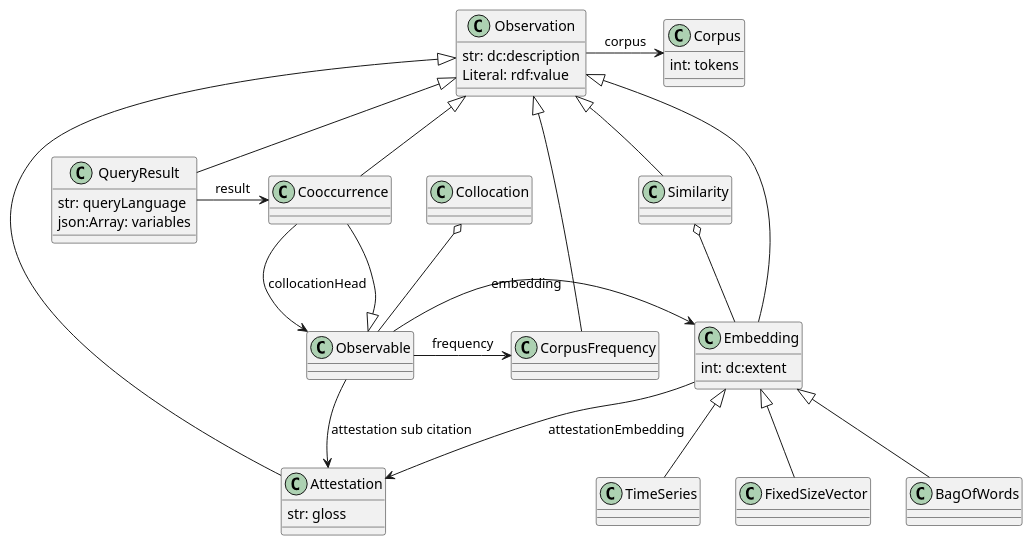
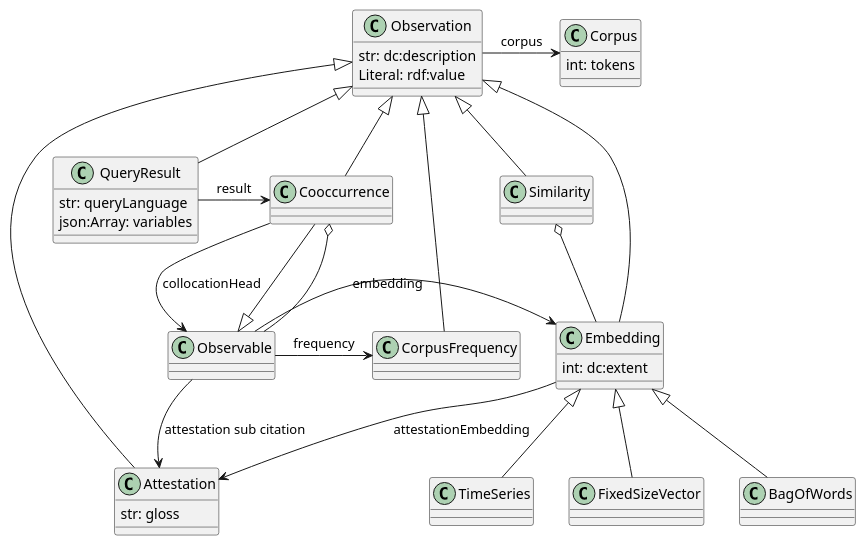
Before and after one commit to ontolex/frequency-attestation-corpus-information: the diagram in img/diagram-with-query.puml, drawn with PlantUML.

```diff
--- a/img/diagram-with-query.puml
+++ b/img/diagram-with-query.puml
@@ -1,61 +1,61 @@
 @startuml
 
 class Observation {
   str: dc:description
   Literal: rdf:value
 }
 
 Observation -> Corpus: corpus
 
 QueryResult -up-|> Observation
 QueryResult -> Cooccurrence: result
 
 Cooccurrence -[hidden]> QueryResult
 
 
 Cooccurrence -up-|> Observation
 Similarity -up-|> Observation
 CorpusFrequency -up-|> Observation
 Attestation -up-|> Observation
 Embedding -up-|> Observation
 
-Collocation o-down- Observable
+Cooccurrence o-down- Observable
 
 Embedding -down-> Attestation: attestationEmbedding
 
 Observable -> Embedding: embedding
 Observable -> CorpusFrequency: frequency
 Observable -> Attestation: attestation sub citation
 
 class Embedding {
  int: dc:extent
 }
 
 FixedSizeVector -up-|> Embedding
 BagOfWords -up-|> Embedding
 TimeSeries -up-|> Embedding
 
 Similarity o-down- Embedding
 
 class CorpusFrequency {
 }
 
 class Attestation {
   str: gloss
 }
 
 class Corpus {
   int: tokens
 }
 
 
 Cooccurrence -down-> Observable: collocationHead
 Cooccurrence -down-|> Observable
 
 class QueryResult {
   str: queryLanguage
   json:Array: variables
 }
 
 
 @enduml
```
